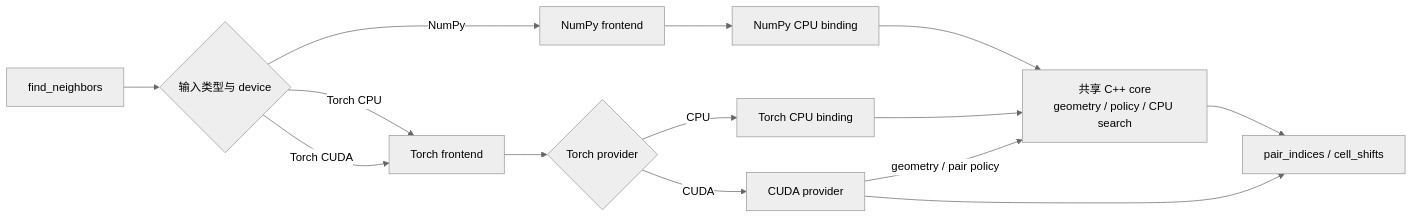
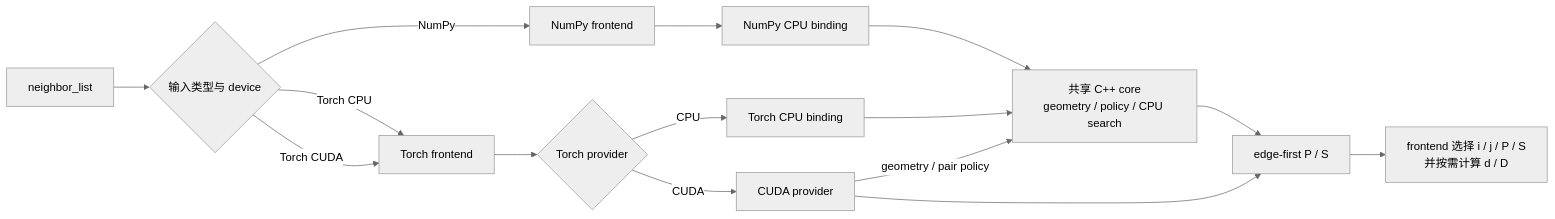
One commit to songfeitong/tonari changed the diagram in docs/architecture.md. Above: the diagram before and after it, drawn with Mermaid (neutral theme). The commit also changed other lines of this file and 38 other files, not shown here.

Commit message:
Redesign neighbor list public API

````diff
--- a/docs/architecture.md
+++ b/docs/architecture.md
@@ -9,16 +9,17 @@
 ```mermaid
 flowchart LR
-    A["find_neighbors"] --> B{"输入类型与 device"}
+    A["neighbor_list"] --> B{"输入类型与 device"}
     B -- "NumPy" --> C["NumPy frontend"]
     B -- "Torch CPU" --> D["Torch frontend"]
     B -- "Torch CUDA" --> D
     C --> E["NumPy CPU binding"]
     D --> F{"Torch provider"}
     F -- "CPU" --> G["Torch CPU binding"]
     F -- "CUDA" --> H["CUDA provider"]
     E --> I["共享 C++ core<br/>geometry / policy / CPU search"]
     G --> I
     H -- "geometry / pair policy" --> I
-    I --> J["pair_indices / cell_shifts"]
+    I --> J["edge-first P / S"]
     H --> J
+    J --> K["frontend 选择 i / j / P / S<br/>并按需计算 d / D"]
 ```
````
